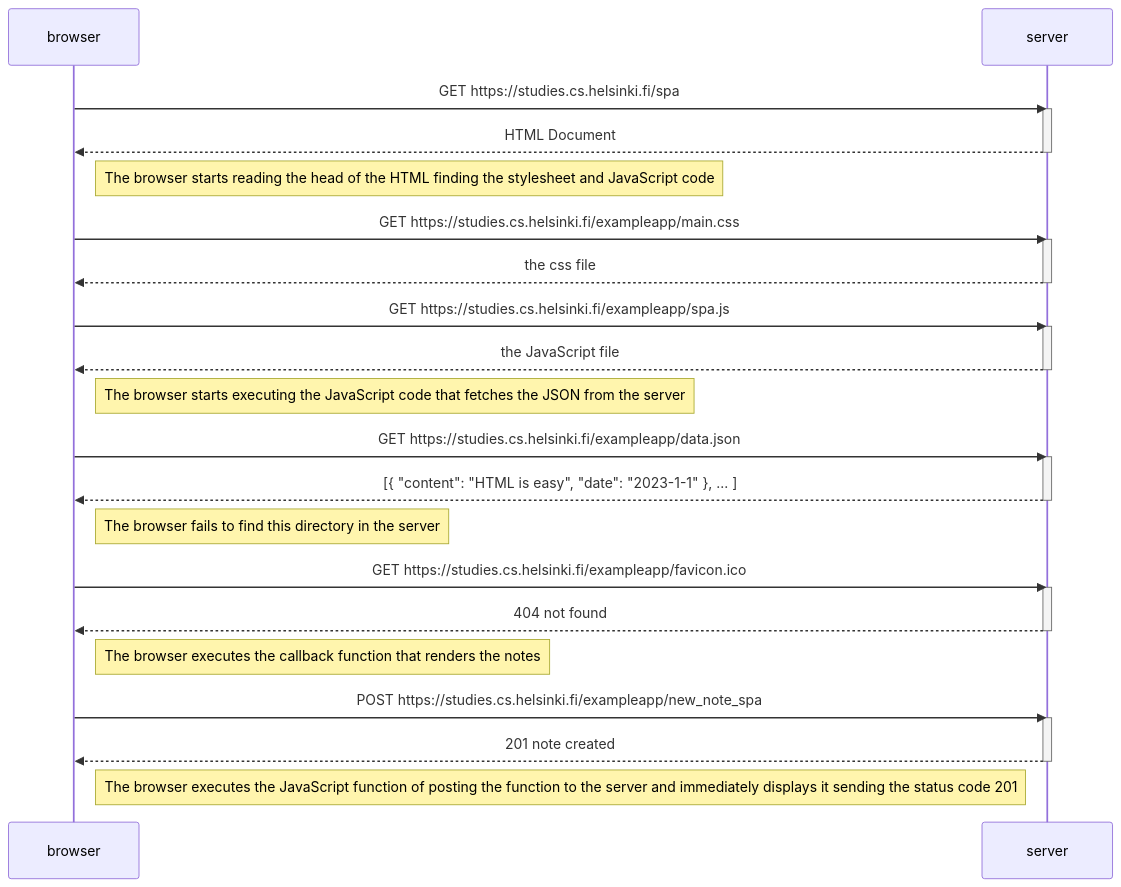
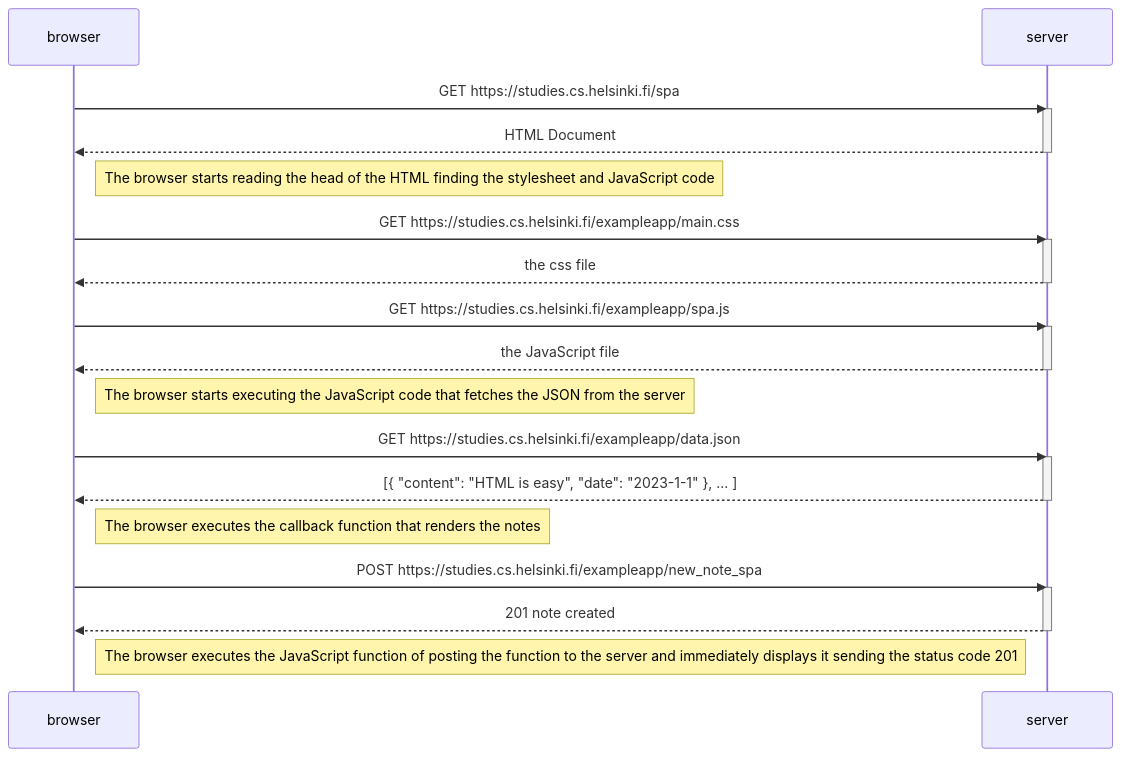
The diagram in part0/exercise06.md (oivamickelsson/fullstackopen), drawn with Mermaid before and after one commit.

````diff
--- a/part0/exercise06.md
+++ b/part0/exercise06.md
@@ -3,46 +3,39 @@
 ```mermaid
 sequenceDiagram
     participant browser
     participant server
 
 
     browser->>server: GET https://studies.cs.helsinki.fi/spa
     activate server
     server-->>browser: HTML Document
     deactivate server
     
     Note right of browser: The browser starts reading the head of the HTML finding the stylesheet and JavaScript code
     
     browser->>server: GET https://studies.cs.helsinki.fi/exampleapp/main.css
     activate server
     server-->>browser: the css file
     deactivate server
 
     browser->>server: GET https://studies.cs.helsinki.fi/exampleapp/spa.js
     activate server
     server-->>browser: the JavaScript file
     deactivate server
 
     Note right of browser: The browser starts executing the JavaScript code that fetches the JSON from the server
 
     browser->>server: GET https://studies.cs.helsinki.fi/exampleapp/data.json
     activate server
     server-->>browser: [{ "content": "HTML is easy", "date": "2023-1-1" }, ... ]
     deactivate server
 
-    Note right of browser: The browser fails to find this directory in the server
-
-    browser->>server: GET https://studies.cs.helsinki.fi/exampleapp/favicon.ico
-    activate server
-    server-->>browser: 404 not found
-    deactivate server
-
     Note right of browser: The browser executes the callback function that renders the notes
 
     browser->>server: POST https://studies.cs.helsinki.fi/exampleapp/new_note_spa
     activate server
     server-->>browser: 201 note created
     deactivate server
 
     Note right of browser: The browser executes the JavaScript function of posting the function to the server and immediately displays it sending the status code 201
 ```
````
